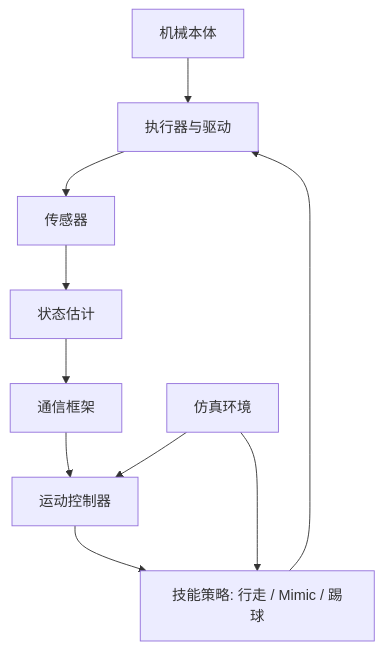
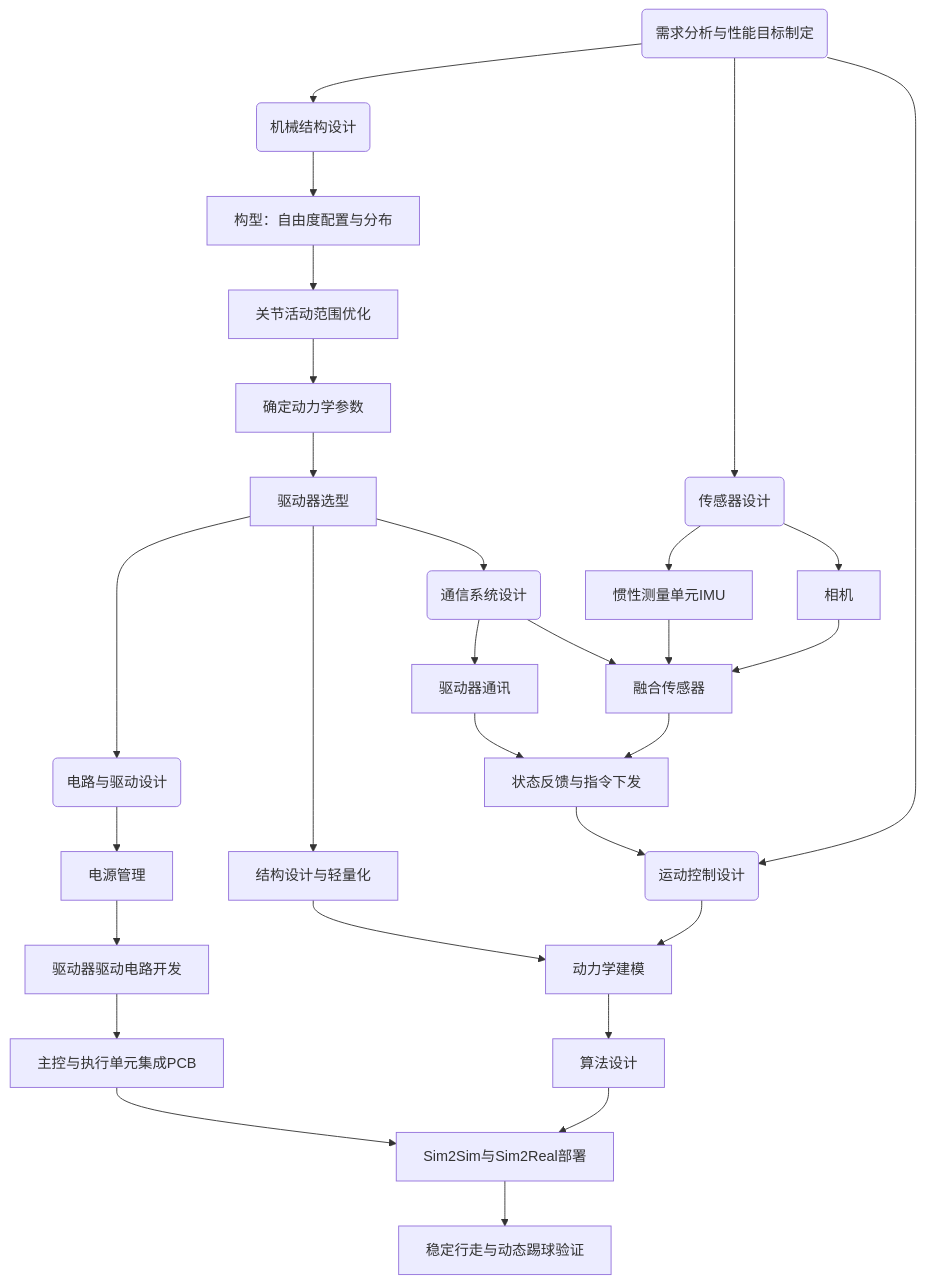
Before and after one commit to wegg111/mos9-website: the diagram in docs/overview/architecture.md, drawn with Mermaid. The commit also changed other lines of this file and 98 other files, not shown here.

````diff
--- a/docs/overview/architecture.md
+++ b/docs/overview/architecture.md
@@ -19,12 +20,40 @@
 ```mermaid
 flowchart TD
-    A[机械本体] --> B[执行器与驱动]
-    B --> C[传感器]
-    C --> D[状态估计]
-    D --> E[通信框架]
-    E --> F[运动控制器]
-    F --> G[技能策略: 行走 / Mimic / 踢球]
-    G --> B
-    H[仿真环境] --> F
-    H --> G
+    A(需求分析与性能目标制定) --> B(机械结构设计)
+
+    A --> H(传感器设计)
+    H --> I1[惯性测量单元IMU]
+    H --> I2[相机]
+
+    B --> B1[构型：自由度配置与分布]
+    B1 --> B2[关节活动范围优化]
+    B2 --> B4[确定动力学参数]
+    B4 --> B5[驱动器选型]
+
+
+    B5 --> C(电路与驱动设计)
+    B5 --> B3[结构设计与轻量化]
+
+    C --> C1[电源管理]
+    C1 --> C2[驱动器驱动电路开发]
+    C2 --> C3[主控与执行单元集成PCB]
+
+    B5 --> D(通信系统设计)
+    D --> D1[驱动器通讯]
+    D1 --> D3[状态反馈与指令下发]
+    D --> D4[融合传感器]
+    D4 --> D3
+    I1 --> D4
+    I2 --> D4
+
+    D3 --> E(运动控制设计)
+    A --> E
+
+    E --> E1[动力学建模]
+    B3 --> E1
+    E1 --> E2[算法设计]
+    E2 --> E3[Sim2Sim与Sim2Real部署]
+    C3 --> E3
+
+    E3 --> F[稳定行走与动态踢球验证]
 ```
````
